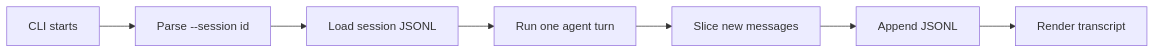
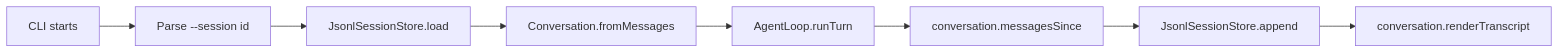
The diagram in docs/book/08-persist-sessions-as-jsonl.md (tykowale/ty-term), drawn with Mermaid before and after one commit. The commit also changed other lines of this file and 10 other files, not shown here.

````diff
--- a/docs/book/08-persist-sessions-as-jsonl.md
+++ b/docs/book/08-persist-sessions-as-jsonl.md
@@ -36,9 +90,10 @@
 ```mermaid
 flowchart LR
   CLI[CLI starts] --> Args[Parse --session id]
-  Args --> Load[Load session JSONL]
-  Load --> Turn[Run one agent turn]
-  Turn --> Slice[Slice new messages]
-  Slice --> Append[Append JSONL]
-  Append --> Render[Render transcript]
+  Args --> Load[JsonlSessionStore.load]
+  Load --> Conversation[Conversation.fromMessages]
+  Conversation --> Turn[AgentLoop.runTurn]
+  Turn --> Slice[conversation.messagesSince]
+  Slice --> Append[JsonlSessionStore.append]
+  Append --> Render[conversation.renderTranscript]
 ```
````
